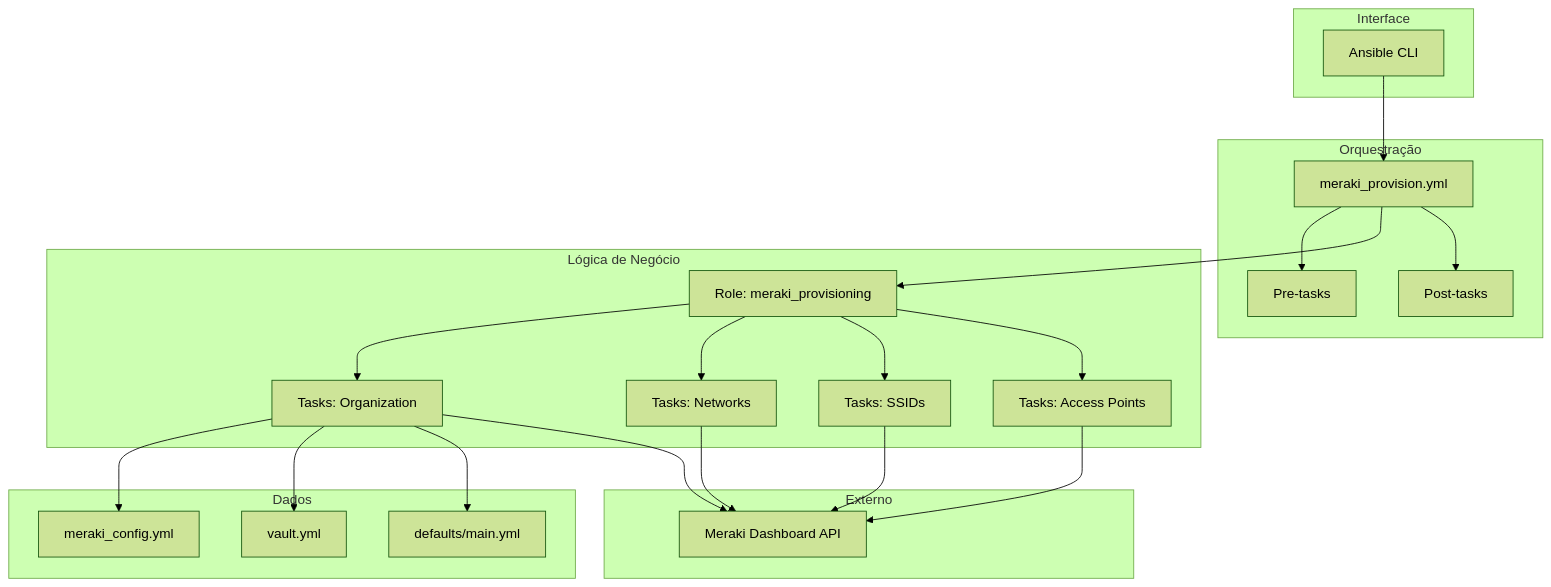
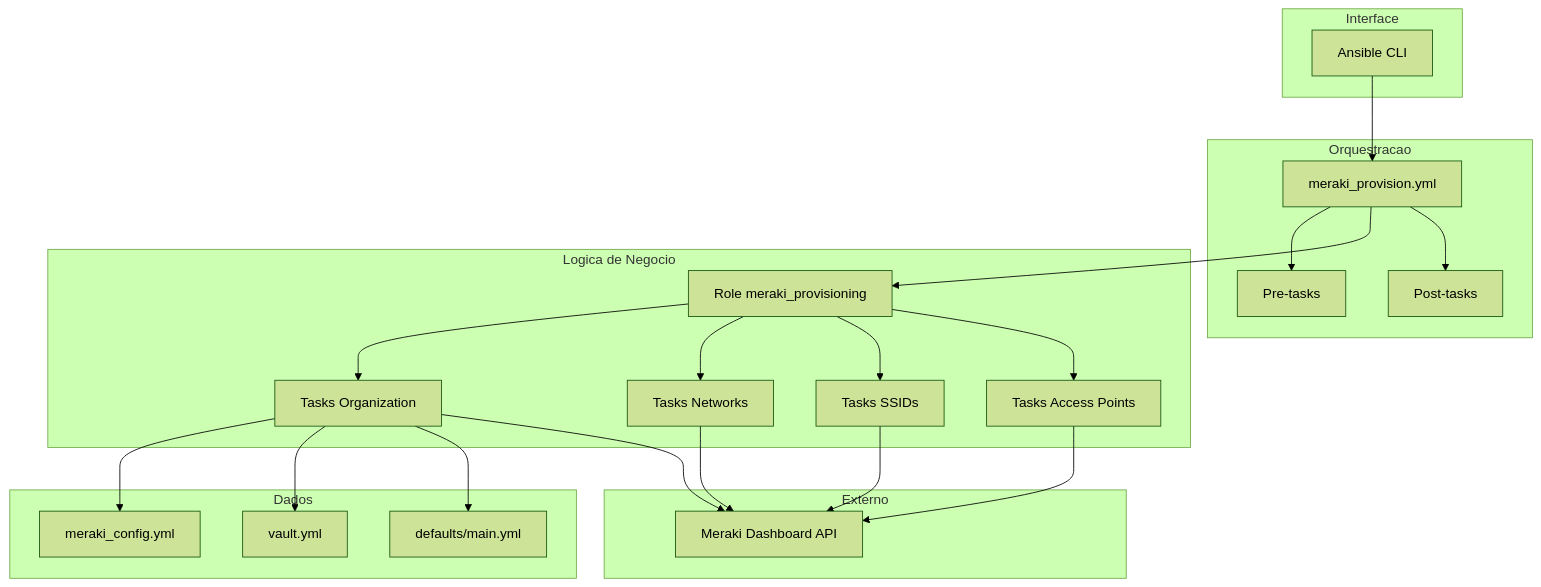
One commit to rodrigo-freitas-com/meraki-ansible changed diagram 13 of 13 in docs/system-modeling.md. Above: the diagram before and after it, drawn with Mermaid (forest theme). The commit also changed other lines of this file, not shown here.

````diff
--- a/docs/system-modeling.md
+++ b/docs/system-modeling.md
@@ -469,49 +468,49 @@
 ```mermaid
 graph TB
-    subgraph "Interface"
+    subgraph Interface[Interface]
         CLI[Ansible CLI]
     end
 
-    subgraph "Orquestração"
+    subgraph Orquestracao[Orquestracao]
         PB[meraki_provision.yml]
         PRE[Pre-tasks]
         POST[Post-tasks]
     end
 
-    subgraph "Lógica de Negócio"
-        ROLE[Role: meraki_provisioning]
-        TASK_ORG[Tasks: Organization]
-        TASK_NET[Tasks: Networks]
-        TASK_SSID[Tasks: SSIDs]
-        TASK_AP[Tasks: Access Points]
+    subgraph Logica[Logica de Negocio]
+        ROLE[Role meraki_provisioning]
+        TASK_ORG[Tasks Organization]
+        TASK_NET[Tasks Networks]
+        TASK_SSID[Tasks SSIDs]
+        TASK_AP[Tasks Access Points]
     end
 
-    subgraph "Dados"
+    subgraph Dados[Dados]
         CONFIG[meraki_config.yml]
         VAULT[vault.yml]
         DEFAULTS[defaults/main.yml]
     end
 
-    subgraph "Externo"
+    subgraph Externo[Externo]
         API[Meraki Dashboard API]
     end
 
     CLI --> PB
     PB --> PRE
     PB --> ROLE
     PB --> POST
 
     ROLE --> TASK_ORG
     ROLE --> TASK_NET
     ROLE --> TASK_SSID
     ROLE --> TASK_AP
 
     TASK_ORG --> CONFIG
     TASK_ORG --> VAULT
     TASK_ORG --> DEFAULTS
     TASK_ORG --> API
 
     TASK_NET --> API
     TASK_SSID --> API
     TASK_AP --> API
 ```
````
